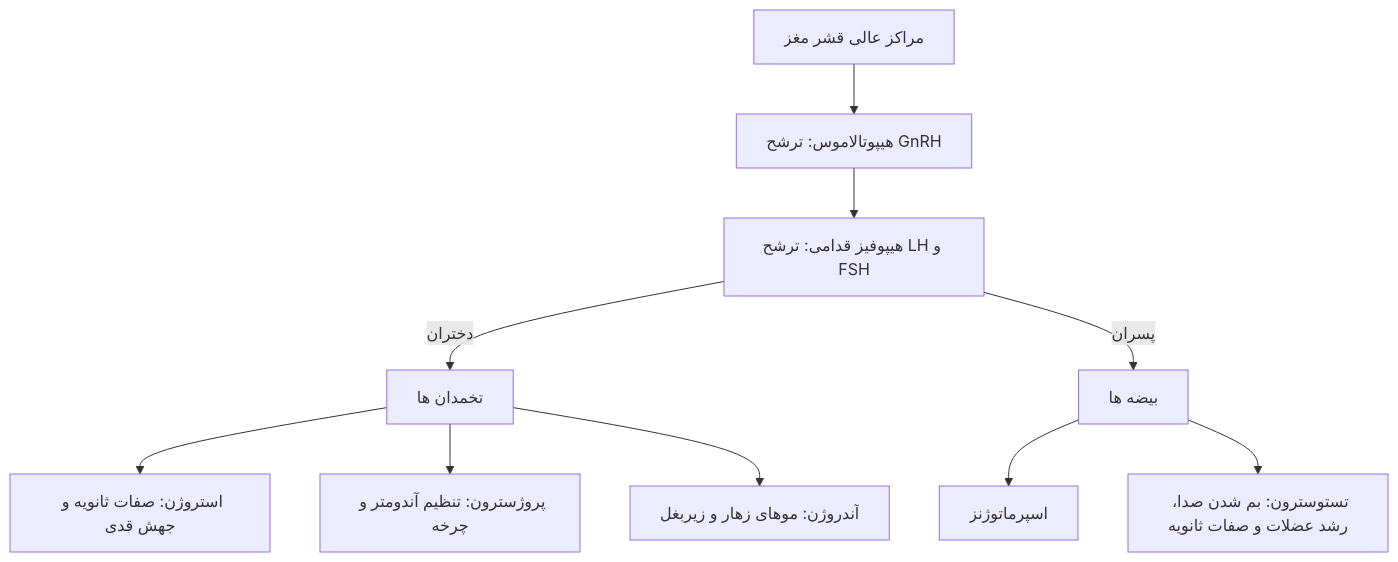
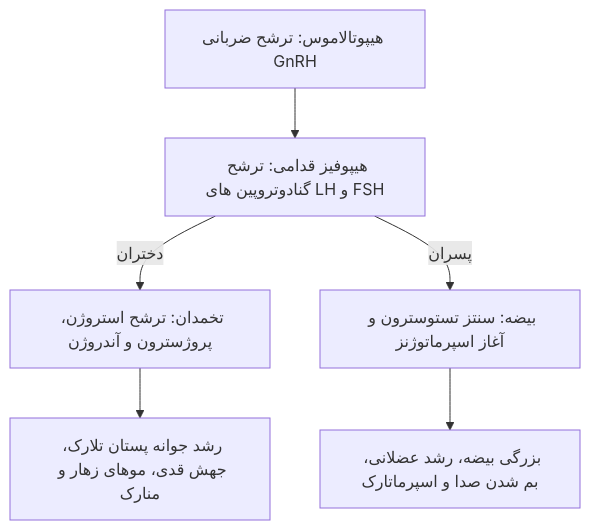
One commit to neopulse-hub/-TUMS-1402-2-material-notes- changed the fifth of 8 diagrams in 05/بهداشت خانواده/خلاصه/خلاصه جامع.md. Above: the diagram before and after it, drawn with Mermaid. The commit also changed other lines of this file, not shown here.

````diff
--- a/05/بهداشت خانواده/خلاصه/خلاصه جامع.md
+++ b/05/بهداشت خانواده/خلاصه/خلاصه جامع.md
@@ -182,15 +344,8 @@
 ```mermaid
 flowchart TD
-    CNS[مراکز عالی قشر مغز] --> Hypo[هیپوتالاموس: ترشح GnRH]
-    Hypo --> Pit[هیپوفیز قدامی: ترشح LH و FSH]
-    
-    Pit -->|دختران| Ovary[تخمدان ها]
-    Ovary --> Est[استروژن: صفات ثانویه و جهش قدی]
-    Ovary --> Prog[پروژسترون: تنظیم آندومتر و چرخه]
-    Ovary --> Andro[آندروژن: موهای زهار و زیربغل]
-    
-    Pit -->|پسران| Testis[بیضه ها]
-    Testis --> Sperm[اسپرماتوژنز]
-    Testis --> Testo[تستوسترون: بم شدن صدا، رشد عضلات و صفات ثانویه]
-
+    Hypo["هیپوتالاموس: ترشح ضربانی GnRH"] --> Pit["هیپوفیز قدامی: ترشح گنادوتروپین های LH و FSH"]
+    Pit -->|دختران| Ov["تخمدان: ترشح استروژن، پروژسترون و آندروژن"]
+    Pit -->|پسران| Test["بیضه: سنتز تستوسترون و آغاز اسپرماتوژنز"]
+    Ov --> F_Dev["رشد جوانه پستان تلارک، جهش قدی، موهای زهار و منارک"]
+    Test --> M_Dev["بزرگی بیضه، رشد عضلانی، بم شدن صدا و اسپرماتارک"]
 ```
````
